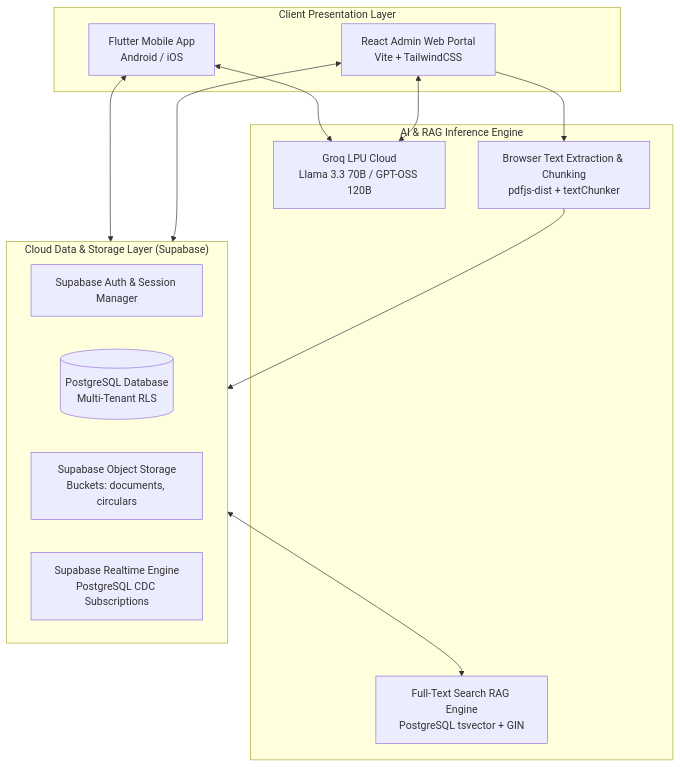
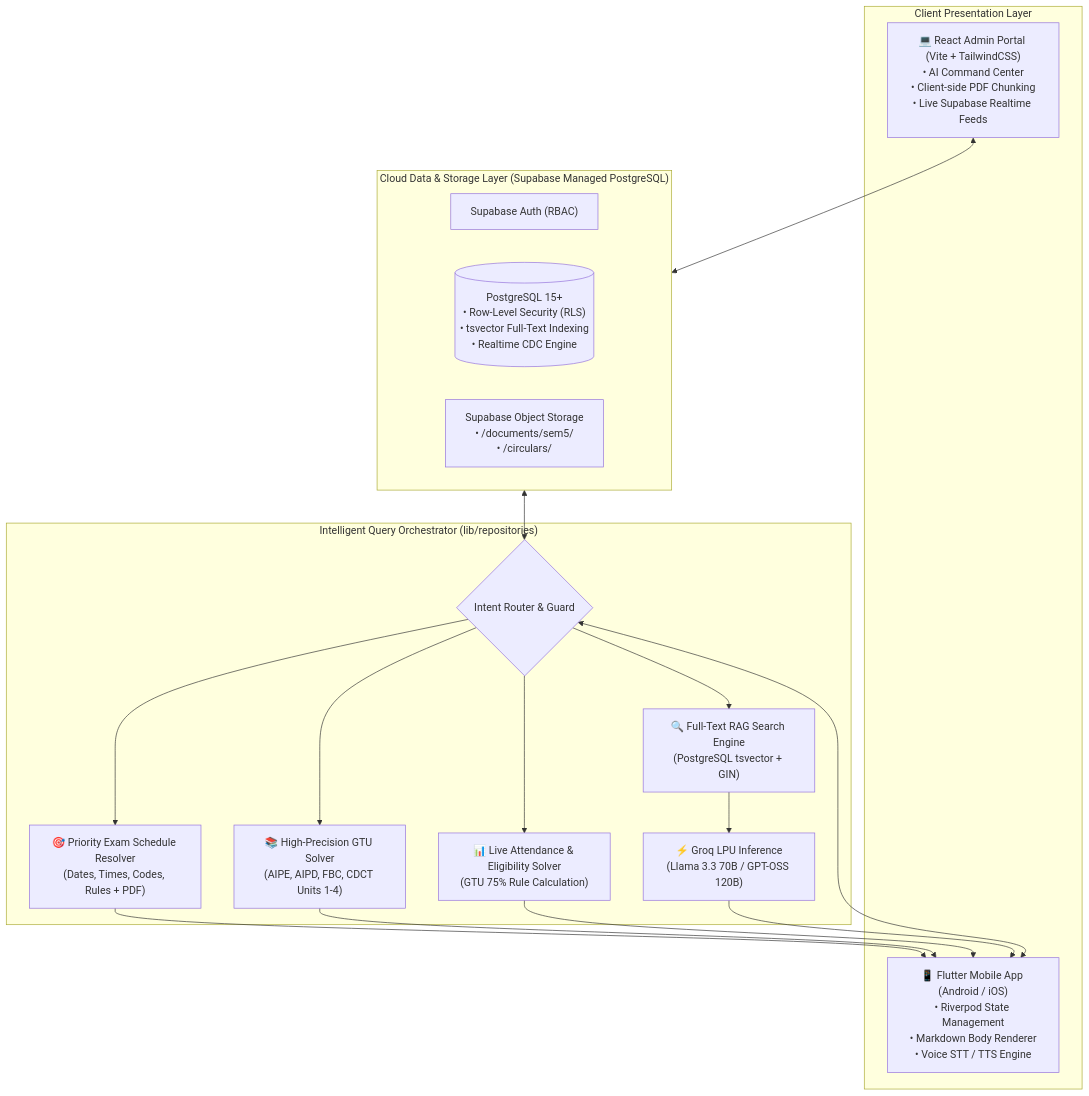
The second of 4 diagrams in PRD.md (BIPINRVANJARA/Eduai), drawn with Mermaid before and after one commit. The commit also changed other lines of this file, not shown here.

Commit message:
docs: update PRD to v3.0.0 reflecting multi-tenant RAG, GTU solvers, exam engine, and mobile deployment

````diff
--- a/PRD.md
+++ b/PRD.md
@@ -65,27 +95,32 @@
 ```mermaid
 graph TB
     subgraph CLIENT_LAYER["Client Presentation Layer"]
-        M[Flutter Mobile App<br/>Android / iOS]
-        W[React Admin Web Portal<br/>Vite + TailwindCSS]
+        M["📱 Flutter Mobile App (Android / iOS)<br/>• Riverpod State Management<br/>• Markdown Body Renderer<br/>• Voice STT / TTS Engine"]
+        W["💻 React Admin Portal (Vite + TailwindCSS)<br/>• AI Command Center<br/>• Client-side PDF Chunking<br/>• Live Supabase Realtime Feeds"]
     end
 
-    subgraph INFERENCE_LAYER["AI & RAG Inference Engine"]
-        GROQ[Groq LPU Cloud<br/>Llama 3.3 70B / GPT-OSS 120B]
-        RAG[Full-Text Search RAG Engine<br/>PostgreSQL tsvector + GIN]
-        CHUNK[Browser Text Extraction & Chunking<br/>pdfjs-dist + textChunker]
+    subgraph ORCHESTRATION_LAYER["Intelligent Query Orchestrator (lib/repositories)"]
+        ROUTER{"Intent Router & Guard"}
+        EXAM_SOLV["🎯 Priority Exam Schedule Resolver<br/>(Dates, Times, Codes, Rules + PDF)"]
+        ACAD_SOLV["📚 High-Precision GTU Solver<br/>(AIPE, AIPD, FBC, CDCT Units 1-4)"]
+        ATT_SOLV["📊 Live Attendance & Eligibility Solver<br/>(GTU 75% Rule Calculation)"]
+        RAG_ENG["🔍 Full-Text RAG Search Engine<br/>(PostgreSQL tsvector + GIN)"]
+        GROQ_LLM["⚡ Groq LPU Inference<br/>(Llama 3.3 70B / GPT-OSS 120B)"]
     end
 
-    subgraph BACKEND_LAYER["Cloud Data & Storage Layer (Supabase)"]
-        AUTH[Supabase Auth & Session Manager]
-        DB[(PostgreSQL Database<br/>Multi-Tenant RLS)]
-        STORAGE[Supabase Object Storage<br/>Buckets: documents, circulars]
-        REALTIME[Supabase Realtime Engine<br/>PostgreSQL CDC Subscriptions]
+    subgraph DATA_LAYER["Cloud Data & Storage Layer (Supabase Managed PostgreSQL)"]
+        AUTH["Supabase Auth (RBAC)"]
+        DB[("PostgreSQL 15+<br/>• Row-Level Security (RLS)<br/>• tsvector Full-Text Indexing<br/>• Realtime CDC Engine")]
+        STORAGE["Supabase Object Storage<br/>• /documents/sem5/<br/>• /circulars/"]
     end
 
-    M <--> BACKEND_LAYER
-    W <--> BACKEND_LAYER
-    W --> CHUNK --> BACKEND_LAYER
-    M <--> GROQ
-    W <--> GROQ
-    BACKEND_LAYER <--> RAG
+    M <--> ROUTER
+    W <--> DATA_LAYER
+    ROUTER --> EXAM_SOLV
+    ROUTER --> ACAD_SOLV
+    ROUTER --> ATT_SOLV
+    ROUTER --> RAG_ENG
+    RAG_ENG --> GROQ_LLM
+    EXAM_SOLV & ACAD_SOLV & ATT_SOLV & GROQ_LLM --> M
+    DATA_LAYER <--> ROUTER
 ```
````
